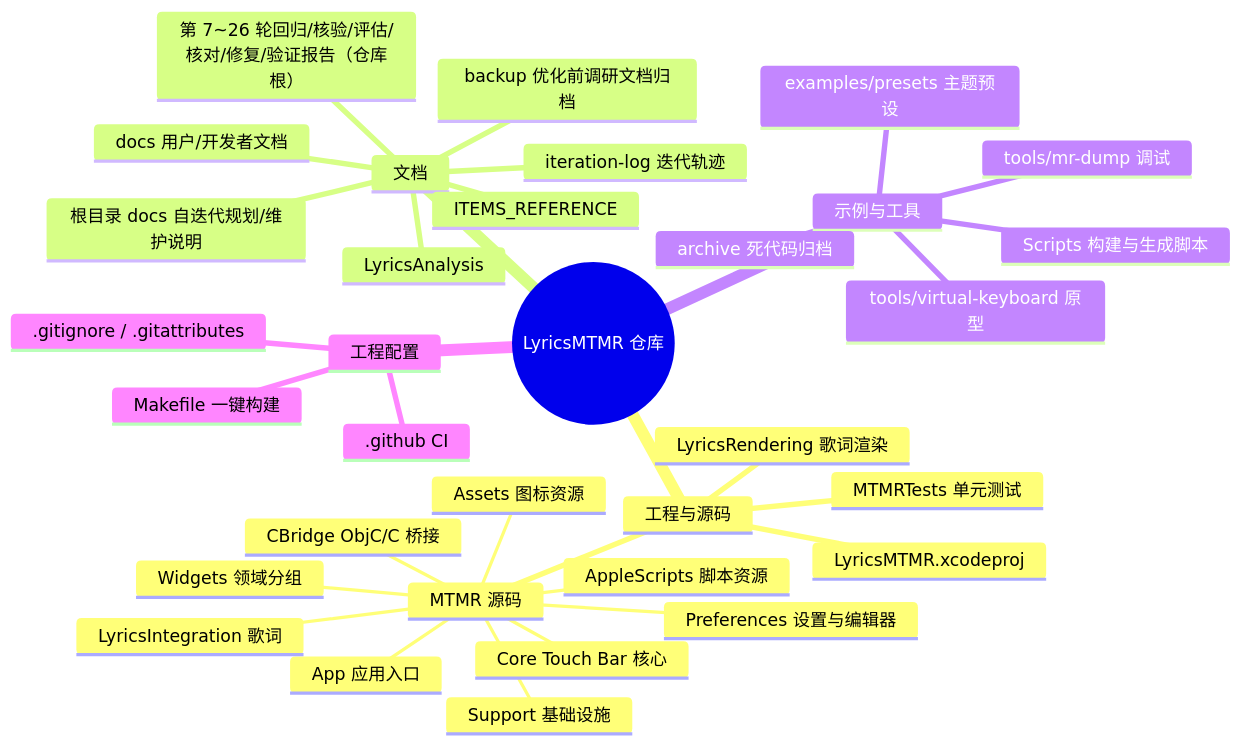
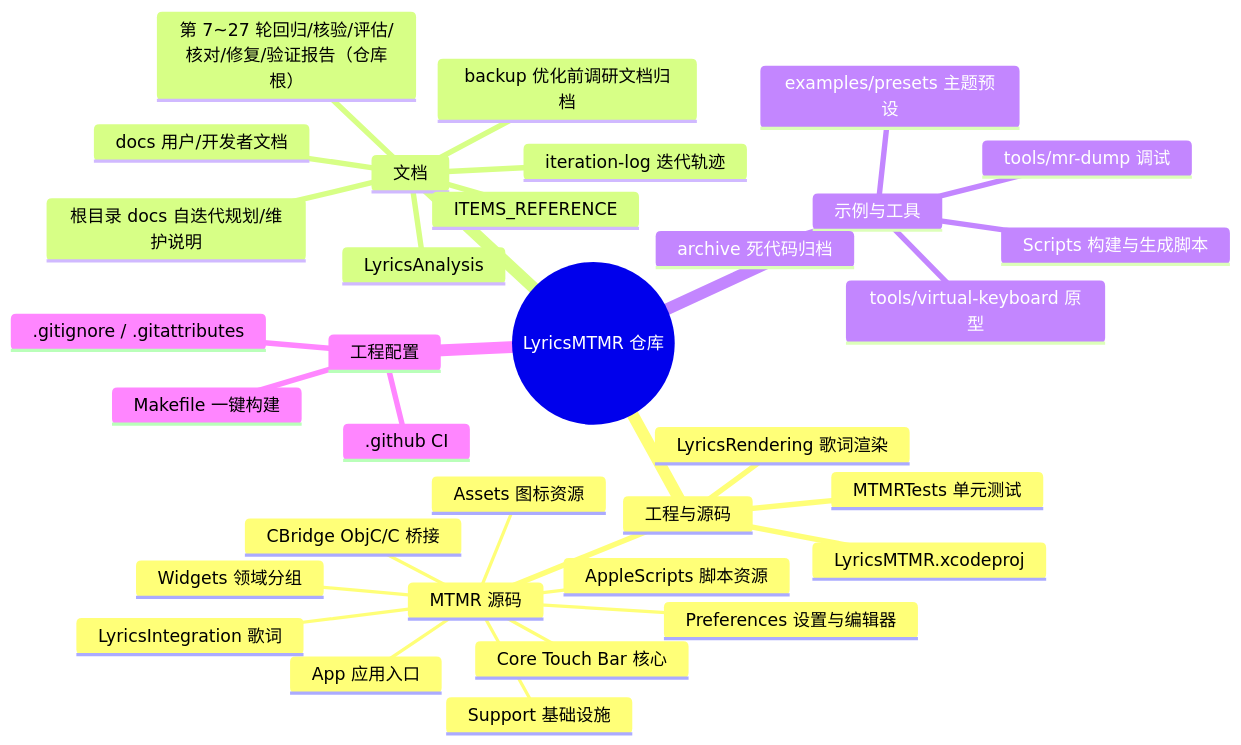
One commit to Tangzishun-Li/LyricsMTMR changed the first of 2 diagrams in LyricsMTMR/docs/file-structure.zh.md. Above: the diagram before and after it, drawn with Mermaid. The commit also changed other lines of this file and 3 other files, not shown here.

````diff
--- a/LyricsMTMR/docs/file-structure.zh.md
+++ b/LyricsMTMR/docs/file-structure.zh.md
@@ -10,36 +10,36 @@
 ```mermaid
 mindmap
   root((LyricsMTMR 仓库))
     工程与源码
       LyricsMTMR.xcodeproj
       MTMR 源码
         App 应用入口
         Core Touch Bar 核心
         Support 基础设施
         Widgets 领域分组
         Preferences 设置与编辑器
         LyricsIntegration 歌词
         CBridge ObjC/C 桥接
         AppleScripts 脚本资源
         Assets 图标资源
       LyricsRendering 歌词渲染
       MTMRTests 单元测试
     文档
       docs 用户/开发者文档
       ITEMS_REFERENCE
       LyricsAnalysis
       backup 优化前调研文档归档
       iteration-log 迭代轨迹
       根目录 docs 自迭代规划/维护说明
-      第 7~26 轮回归/核验/评估/核对/修复/验证报告（仓库根）
+      第 7~27 轮回归/核验/评估/核对/修复/验证报告（仓库根）
     示例与工具
       examples/presets 主题预设
       tools/mr-dump 调试
       tools/virtual-keyboard 原型
       Scripts 构建与生成脚本
       archive 死代码归档
     工程配置
       .github CI
       .gitignore / .gitattributes
       Makefile 一键构建
 ```
````
